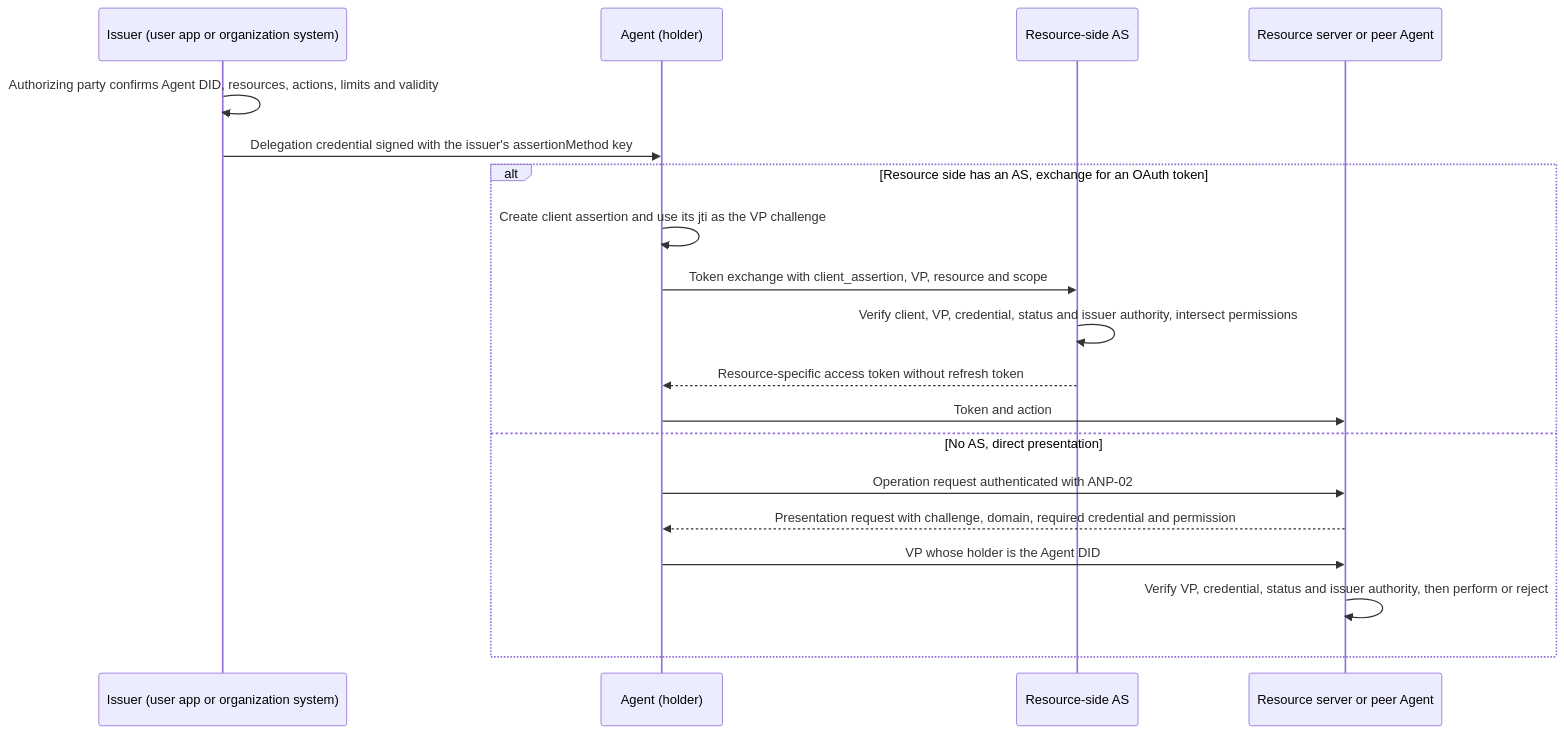
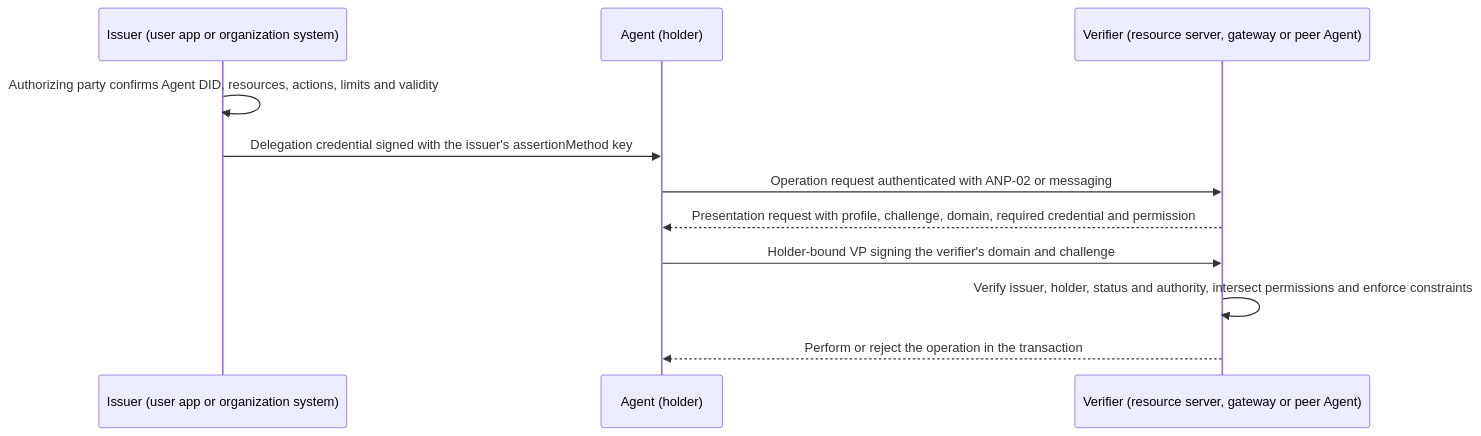
Before and after one commit to agent-network-protocol/AgentNetworkProtocol: the fourth of 4 diagrams in vnext/05-anp-did-authorization-protocol-specification.md, drawn with Mermaid. The commit also changed other lines of this file and 8 other files, not shown here.

Commit message:
docs: separate OAuth and VC paths in ANP-05 v0.6

````diff
--- a/vnext/05-anp-did-authorization-protocol-specification.md
+++ b/vnext/05-anp-did-authorization-protocol-specification.md
@@ -733,21 +733,13 @@
 ```mermaid
 sequenceDiagram
     participant I as Issuer (user app or organization system)
     participant A as Agent (holder)
-    participant S as Resource-side AS
-    participant R as Resource server or peer Agent
+    participant R as Verifier (resource server, gateway or peer Agent)
     I->>I: Authorizing party confirms Agent DID, resources, actions, limits and validity
     I->>A: Delegation credential signed with the issuer's assertionMethod key
-    alt Resource side has an AS, exchange for an OAuth token
-        A->>A: Create client assertion and use its jti as the VP challenge
-        A->>S: Token exchange with client_assertion, VP, resource and scope
-        S->>S: Verify client, VP, credential, status and issuer authority, intersect permissions
-        S-->>A: Resource-specific access token without refresh token
-        A->>R: Token and action
-    else No AS, direct presentation
-        A->>R: Operation request authenticated with ANP-02
-        R-->>A: Presentation request with challenge, domain, required credential and permission
-        A->>R: VP whose holder is the Agent DID
-        R->>R: Verify VP, credential, status and issuer authority, then perform or reject
-    end
+    A->>R: Operation request authenticated with ANP-02 or messaging
+    R-->>A: Presentation request with profile, challenge, domain, required credential and permission
+    A->>R: Holder-bound VP signing the verifier's domain and challenge
+    R->>R: Verify issuer, holder, status and authority, intersect permissions and enforce constraints
+    R-->>A: Perform or reject the operation in the transaction
 ```
````
